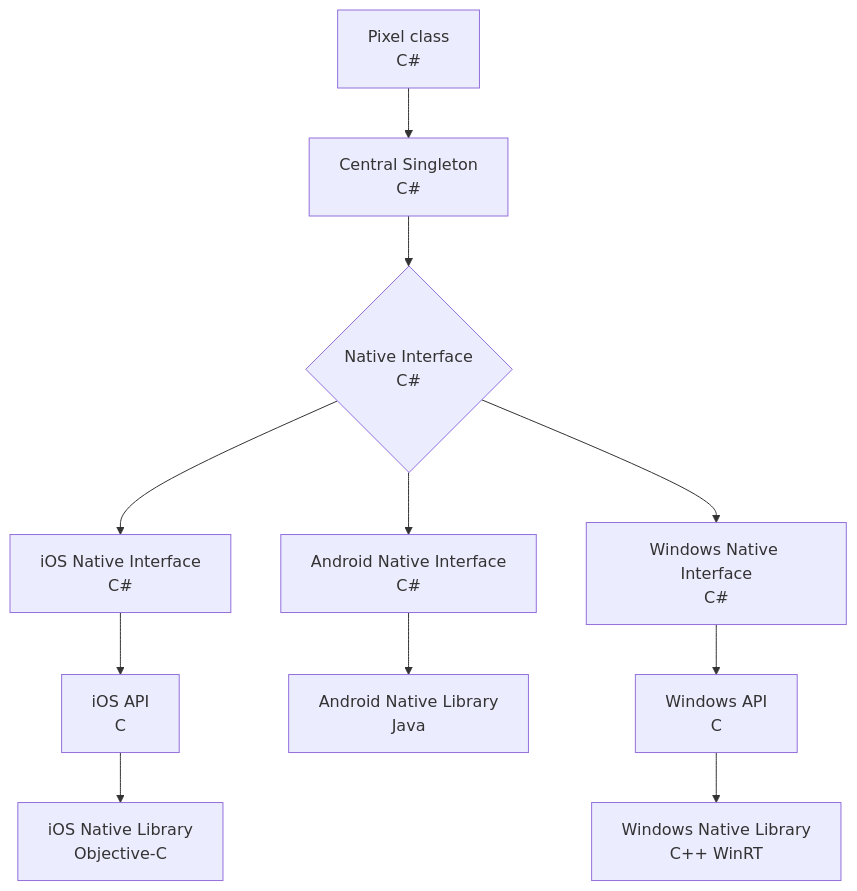
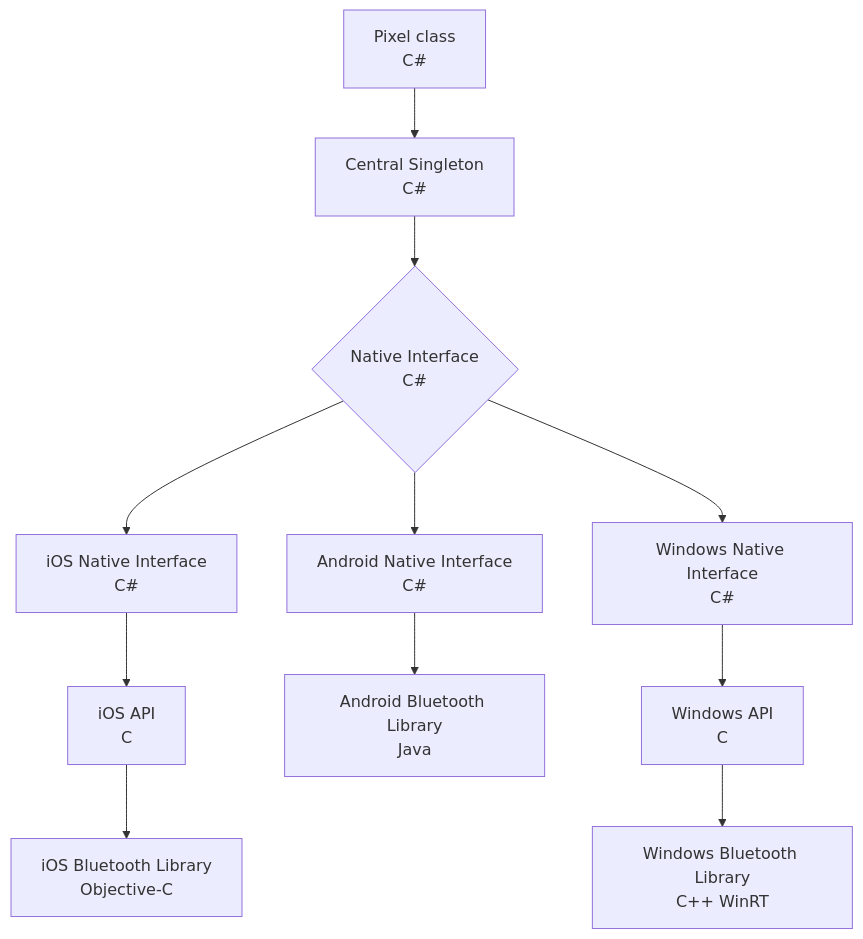
The second of 7 diagrams in doc/InternalArchitecture.md (GameWithPixels/.github), drawn with Mermaid before and after one commit. The commit also changed other lines of this file, not shown here.

Commit message:
Update InternalArchitecture.md diagrams

````diff
--- a/doc/InternalArchitecture.md
+++ b/doc/InternalArchitecture.md
@@ -75,13 +75,13 @@
 ```mermaid
 graph TD;
     Pixel[Pixel class\nC#]-->Central[Central Singleton\nC#];
     Central-->NativeInterface{Native Interface\nC#};
     NativeInterface-->iOSNativeInterface[iOS Native Interface\nC#];
     NativeInterface-->AndroidNativeInterface[Android Native Interface\nC#];
     NativeInterface-->WindowsNativeInterface[Windows Native Interface\nC#];
     iOSNativeInterface-->iOSAPI[iOS API\nC];
-    AndroidNativeInterface-->AndroidLib[Android Native Library\nJava];
+    AndroidNativeInterface-->AndroidLib[Android Bluetooth Library\nJava];
     WindowsNativeInterface-->WindowsAPI[Windows API\nC];
-    iOSAPI-->iOSLib[iOS Native Library\nObjective-C];
-    WindowsAPI-->WinRTLib[Windows Native Library\nC++ WinRT];
+    iOSAPI-->iOSLib[iOS Bluetooth Library\nObjective-C];
+    WindowsAPI-->WinRTLib[Windows Bluetooth Library\nC++ WinRT];
 ```
````
